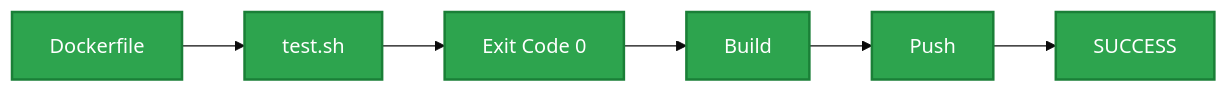
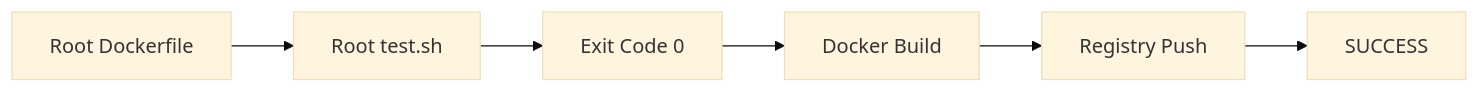
One commit to meghanareddy08/Txstate-DevOps-Assignment changed the fourth of 10 diagrams in docs/architecture.md. Above: the diagram before and after it, drawn with Mermaid (base theme). The commit also changed other lines of this file, not shown here.

First line of the commit message:
Enhance architecture documentation with execution model

````diff
--- a/docs/architecture.md
+++ b/docs/architecture.md
@@ -156,11 +266,8 @@
 ```mermaid
 flowchart LR
-    A[Dockerfile] --> B[test.sh]
+    A[Root Dockerfile] --> B[Root test.sh]
     B --> C[Exit Code 0]
-    C --> D[Build]
-    D --> E[Push]
+    C --> D[Docker Build]
+    D --> E[Registry Push]
     E --> F[SUCCESS]
-
-    classDef success fill:#2da44e,color:#ffffff,stroke:#1a7f37,stroke-width:2px;
-    class A,B,C,D,E,F success;
 ```
````
